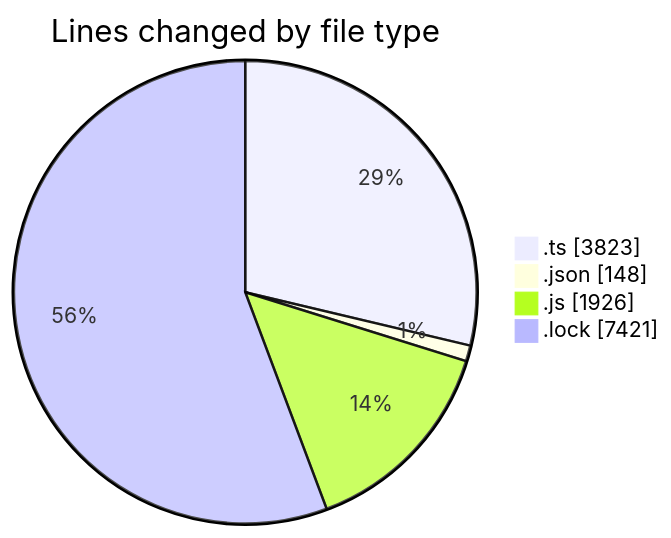
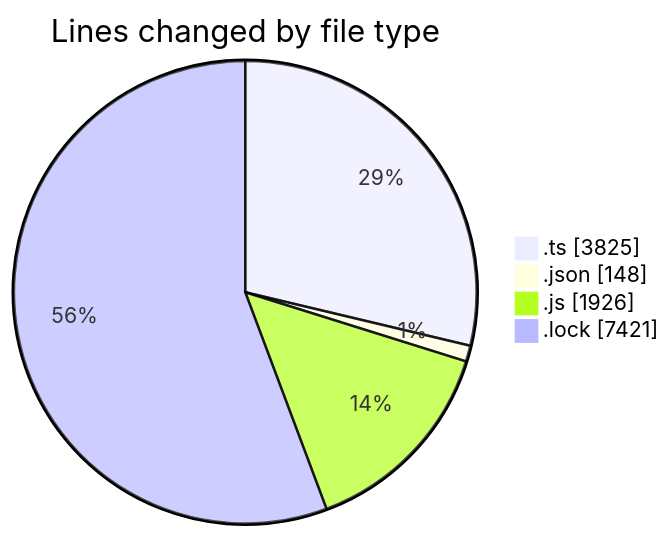
Before and after one commit to momahboobian/code-tracking: the first of 2 diagrams in 2025-07-30/cda/README.md, drawn with Mermaid. The commit also changed other lines of this file and 1 other file, not shown here.

````diff
--- a/2025-07-30/cda/README.md
+++ b/2025-07-30/cda/README.md
@@ -29,8 +29,8 @@
 ```mermaid
 pie showData
 title Lines changed by file type
-".ts" : 3823
+".ts" : 3825
 ".json" : 148
 ".js" : 1926
 ".lock" : 7421
 ```
````
